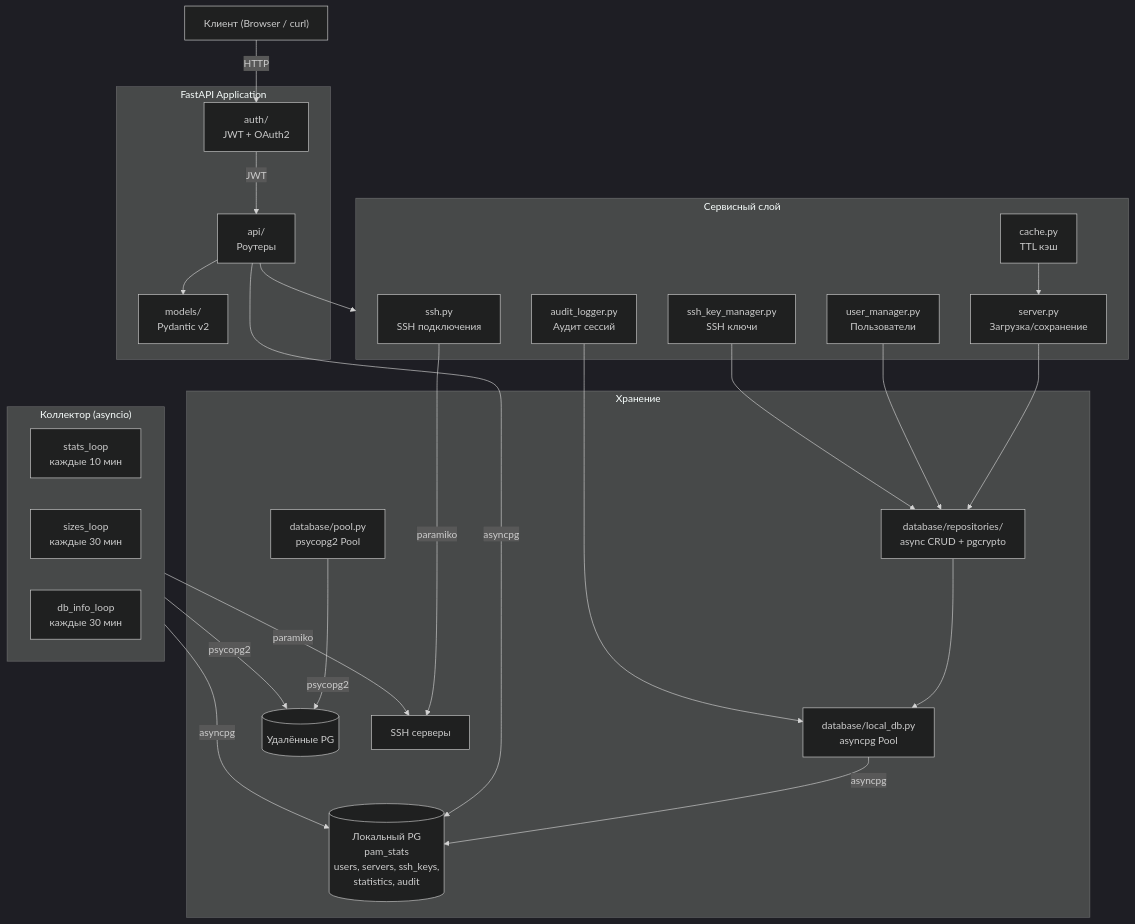
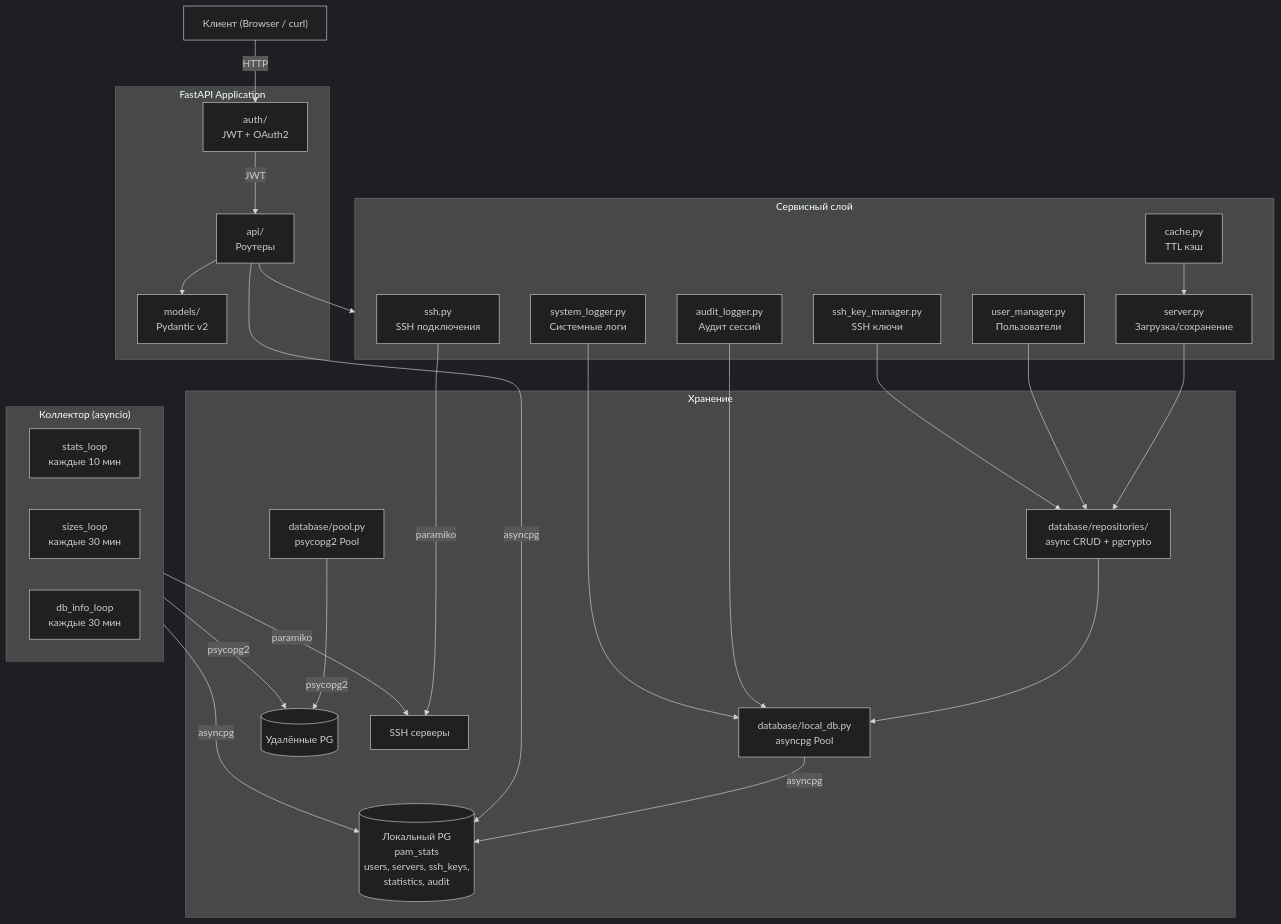
Before and after one commit to wobujidao/PostgreSQL-Activity-Monitor: the diagram in backend/README.md, drawn with Mermaid (dark theme). The commit also changed other lines of this file and 2 other files, not shown here.

Commit message:
docs: обновление документации — системные логи

````diff
--- a/backend/README.md
+++ b/backend/README.md
@@ -19,53 +19,55 @@
 ```mermaid
 graph TD
     Client["Клиент (Browser / curl)"]
 
     subgraph FastAPI["FastAPI Application"]
         Auth["auth/<br/>JWT + OAuth2"]
         Router["api/<br/>Роутеры"]
         Models["models/<br/>Pydantic v2"]
     end
 
     subgraph Collector["Коллектор (asyncio)"]
         Stats["stats_loop<br/>каждые 10 мин"]
         Sizes["sizes_loop<br/>каждые 30 мин"]
         DBInfo["db_info_loop<br/>каждые 30 мин"]
     end
 
     subgraph Services["Сервисный слой"]
         ServerSvc["server.py<br/>Загрузка/сохранение"]
         SSHSvc["ssh.py<br/>SSH подключения"]
         CacheSvc["cache.py<br/>TTL кэш"]
         UserSvc["user_manager.py<br/>Пользователи"]
         KeySvc["ssh_key_manager.py<br/>SSH ключи"]
         AuditSvc["audit_logger.py<br/>Аудит сессий"]
+        LogSvc["system_logger.py<br/>Системные логи"]
     end
 
     subgraph Storage["Хранение"]
         Pool["database/pool.py<br/>psycopg2 Pool"]
         LocalDB["database/local_db.py<br/>asyncpg Pool"]
         Repos["database/repositories/<br/>async CRUD + pgcrypto"]
         PG[("Удалённые PG")]
         LocalPG[("Локальный PG<br/>pam_stats<br/>users, servers, ssh_keys,<br/>statistics, audit")]
         SSH["SSH серверы"]
     end
 
     Client -->|HTTP| Auth
     Auth -->|JWT| Router
     Router --> Models
     Router --> Services
 
     ServerSvc --> Repos
     SSHSvc -->|paramiko| SSH
     CacheSvc --> ServerSvc
     UserSvc --> Repos
     KeySvc --> Repos
     Repos --> LocalDB
     Pool -->|psycopg2| PG
     LocalDB -->|asyncpg| LocalPG
     AuditSvc --> LocalDB
+    LogSvc --> LocalDB
     Collector -->|psycopg2| PG
     Collector -->|paramiko| SSH
     Collector -->|asyncpg| LocalPG
     Router -->|asyncpg| LocalPG
 ```
````
